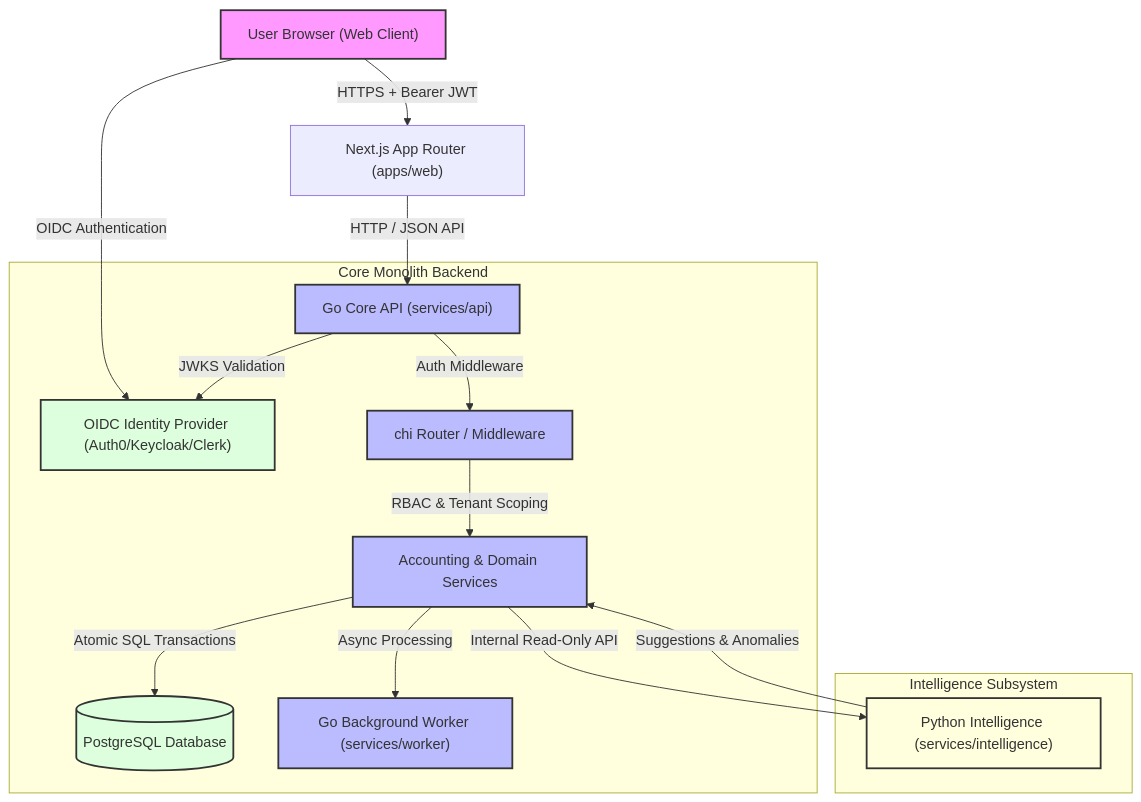
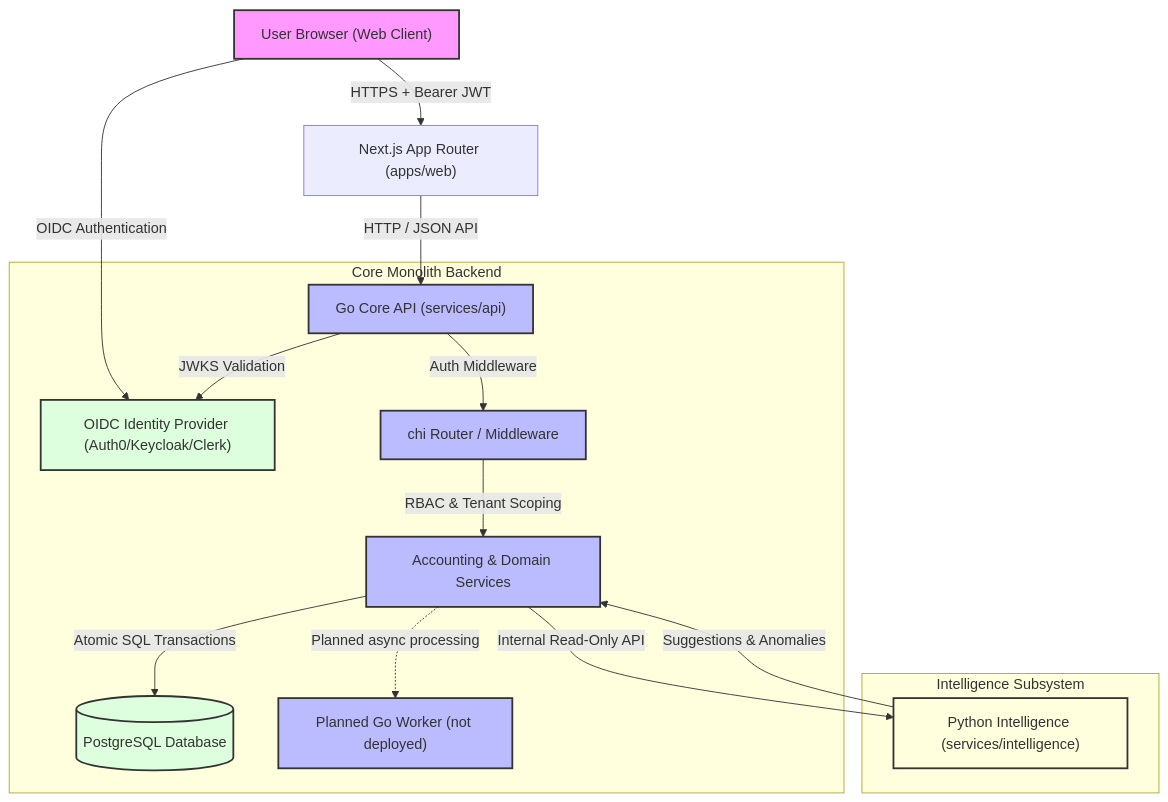
The first of 2 diagrams in docs/architecture/system-architecture.md (NIRASHA3/finintel), drawn with Mermaid before and after one commit. The commit also changed other lines of this file and 36 other files, not shown here.

````diff
--- a/docs/architecture/system-architecture.md
+++ b/docs/architecture/system-architecture.md
@@ -10,29 +10,29 @@
 ```mermaid
 graph TD
     Client["User Browser (Web Client)"] -->|OIDC Authentication| IdP["OIDC Identity Provider (Auth0/Keycloak/Clerk)"]
     Client -->|HTTPS + Bearer JWT| WebApp["Next.js App Router (apps/web)"]
     WebApp -->|HTTP / JSON API| GoAPI["Go Core API (services/api)"]
 
     subgraph Core Monolith Backend
         GoAPI -->|JWKS Validation| IdP
         GoAPI -->|Auth Middleware| Router["chi Router / Middleware"]
         Router -->|RBAC & Tenant Scoping| Services["Accounting & Domain Services"]
         Services -->|Atomic SQL Transactions| Postgres[("PostgreSQL Database")]
-        Services -->|Async Processing| Worker["Go Background Worker (services/worker)"]
+        Services -.->|Planned async processing| Worker["Planned Go Worker (not deployed)"]
     end
 
     subgraph Intelligence Subsystem
         Services -->|Internal Read-Only API| PyIntel["Python Intelligence (services/intelligence)"]
         PyIntel -->|Suggestions & Anomalies| Services
     end
 
     classDef client fill:#f9f,stroke:#333,stroke-width:2px;
     classDef core fill:#bbf,stroke:#333,stroke-width:2px;
     classDef db fill:#dfd,stroke:#333,stroke-width:2px;
     classDef intel fill:#ffd,stroke:#333,stroke-width:2px;
 
     class Client client;
     class GoAPI,Router,Services,Worker core;
     class Postgres,IdP db;
     class PyIntel intel;
 ```
````
